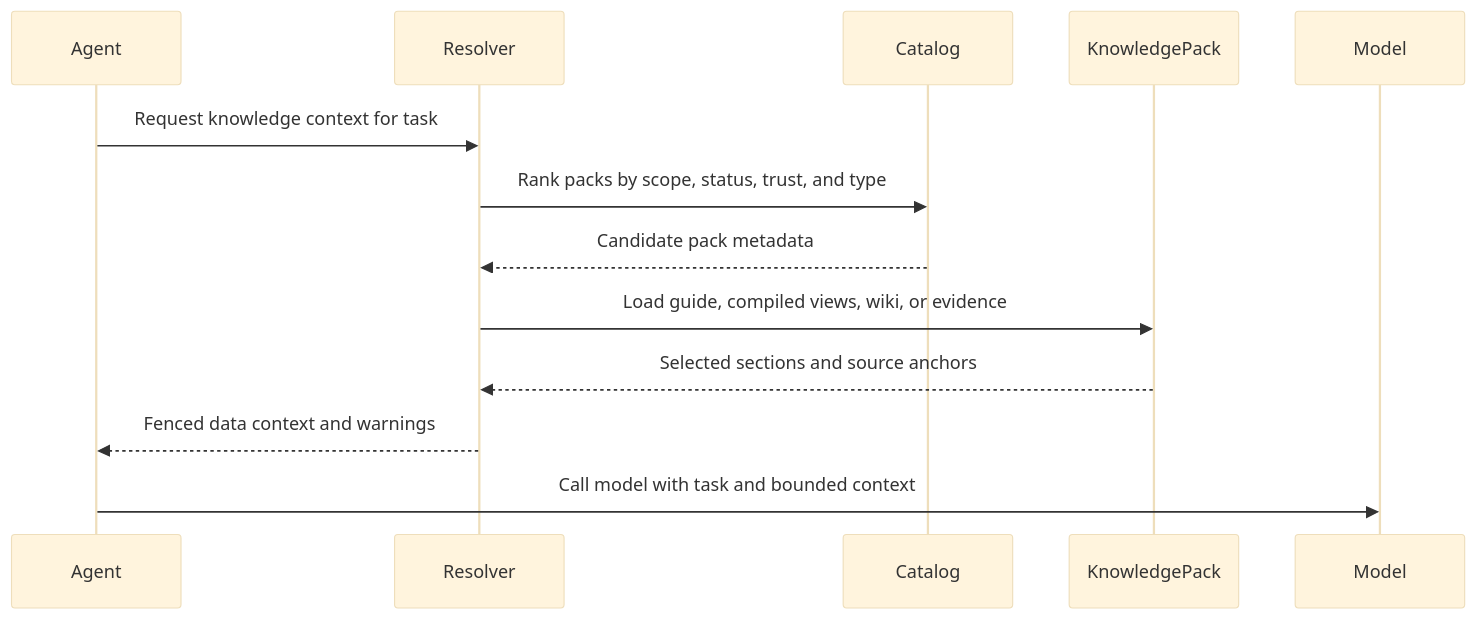
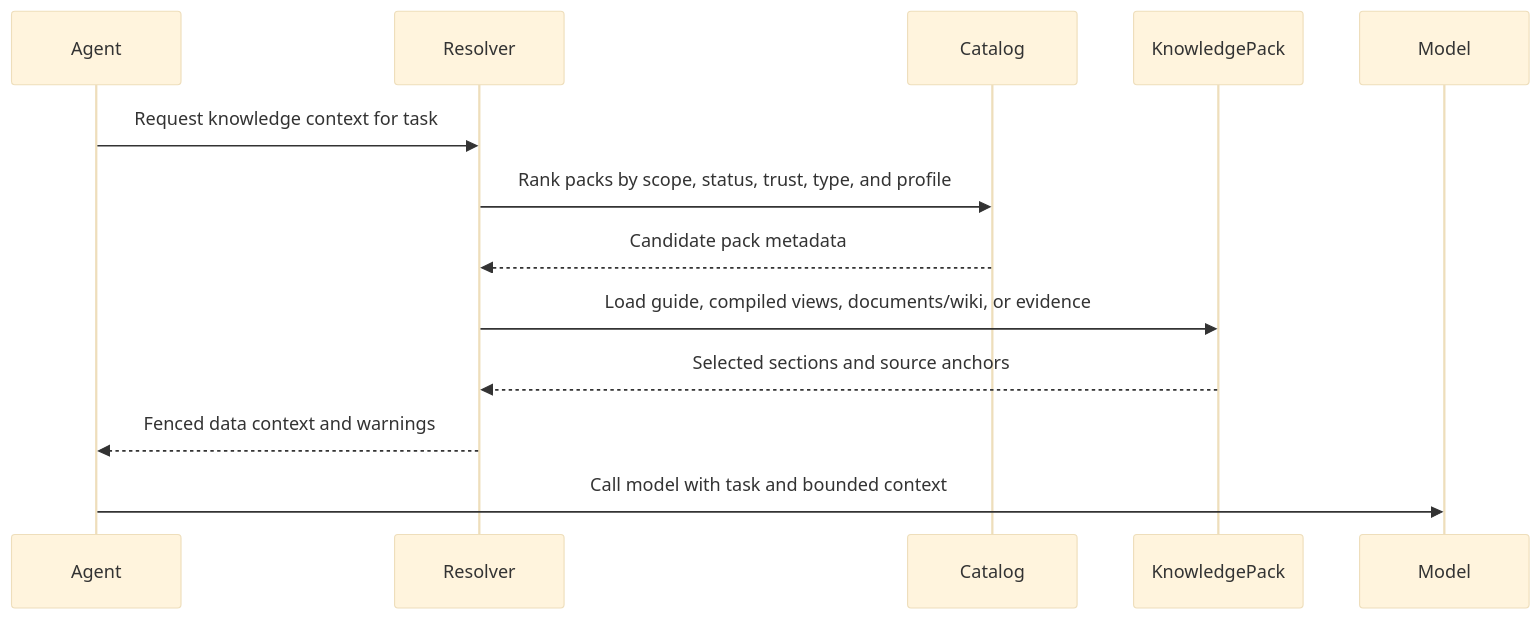
Before and after one commit to limecloud/agentknowledge: the diagram in docs/en/client-implementation/runtime-context-resolver.md, drawn with Mermaid (base theme). The commit also changed other lines of this file and 60 other files, not shown here.

````diff
--- a/docs/en/client-implementation/runtime-context-resolver.md
+++ b/docs/en/client-implementation/runtime-context-resolver.md
@@ -12,16 +12,16 @@
 ```mermaid
 sequenceDiagram
   participant Agent
   participant Resolver
   participant Catalog
   participant Pack as KnowledgePack
   participant Model
 
   Agent->>Resolver: Request knowledge context for task
-  Resolver->>Catalog: Rank packs by scope, status, trust, and type
+  Resolver->>Catalog: Rank packs by scope, status, trust, type, and profile
   Catalog-->>Resolver: Candidate pack metadata
-  Resolver->>Pack: Load guide, compiled views, wiki, or evidence
+  Resolver->>Pack: Load guide, compiled views, documents/wiki, or evidence
   Pack-->>Resolver: Selected sections and source anchors
   Resolver-->>Agent: Fenced data context and warnings
   Agent->>Model: Call model with task and bounded context
 ```
````
